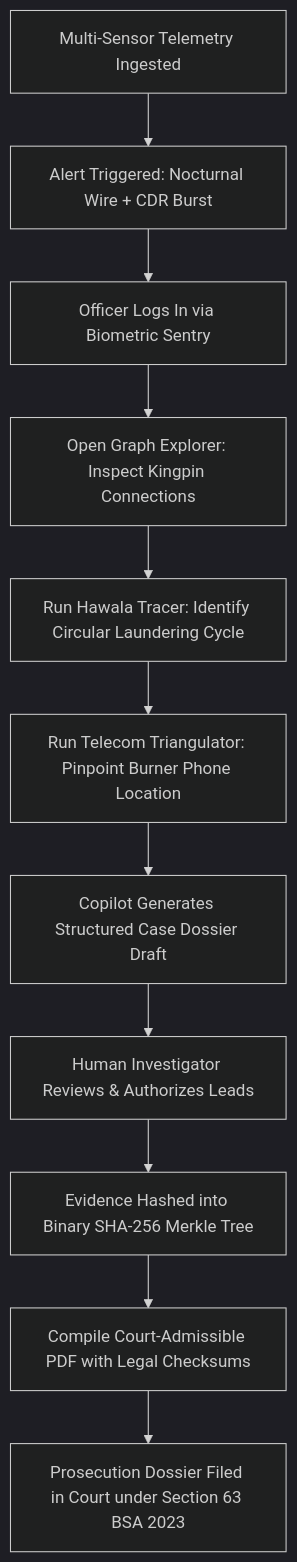
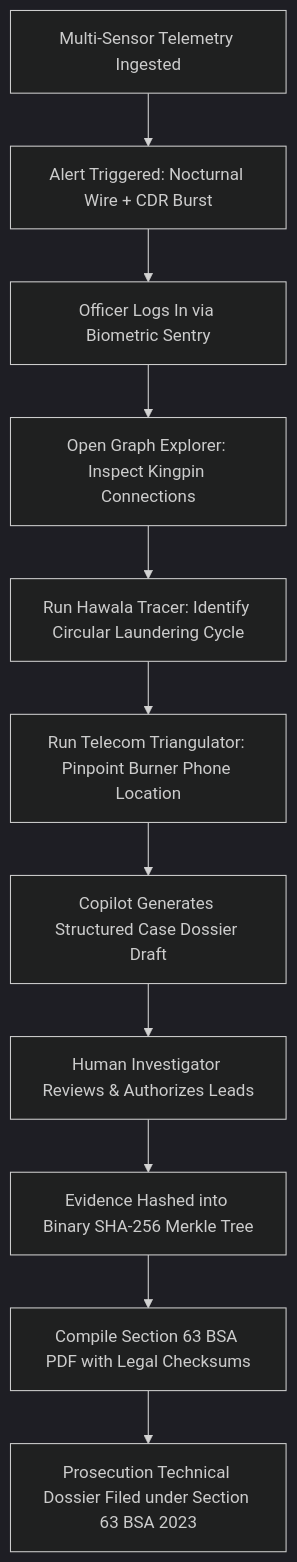
The third of 3 diagrams in CRIMENET_AI_COMPLETE_MASTER_GUIDE.md (pawaraditya0903/crimenet-ai), drawn with Mermaid (dark theme) before and after one commit. The commit also changed other lines of this file and 2 other files, not shown here.

Commit message:
docs: calibrate master PDF documentation and guide with empirical 10k benchmark and verified technical integrity

````diff
--- a/CRIMENET_AI_COMPLETE_MASTER_GUIDE.md
+++ b/CRIMENET_AI_COMPLETE_MASTER_GUIDE.md
@@ -390,13 +390,13 @@
 ```mermaid
 flowchart TD
     A[Multi-Sensor Telemetry Ingested] --> B[Alert Triggered: Nocturnal Wire + CDR Burst]
     B --> C[Officer Logs In via Biometric Sentry]
     C --> D[Open Graph Explorer: Inspect Kingpin Connections]
     D --> E[Run Hawala Tracer: Identify Circular Laundering Cycle]
     E --> F[Run Telecom Triangulator: Pinpoint Burner Phone Location]
     F --> G[Copilot Generates Structured Case Dossier Draft]
     G --> H[Human Investigator Reviews & Authorizes Leads]
     H --> I[Evidence Hashed into Binary SHA-256 Merkle Tree]
-    I --> J[Compile Court-Admissible PDF with Legal Checksums]
-    J --> K[Prosecution Dossier Filed in Court under Section 63 BSA 2023]
+    I --> J[Compile Section 63 BSA PDF with Legal Checksums]
+    J --> K[Prosecution Technical Dossier Filed under Section 63 BSA 2023]
 ```
````
